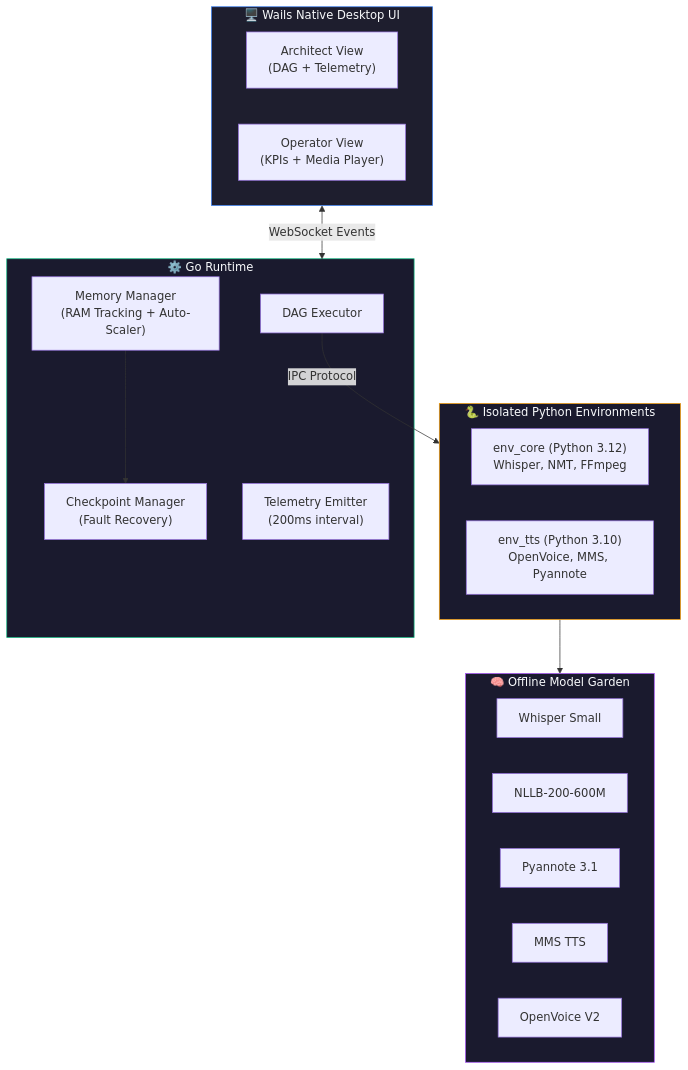
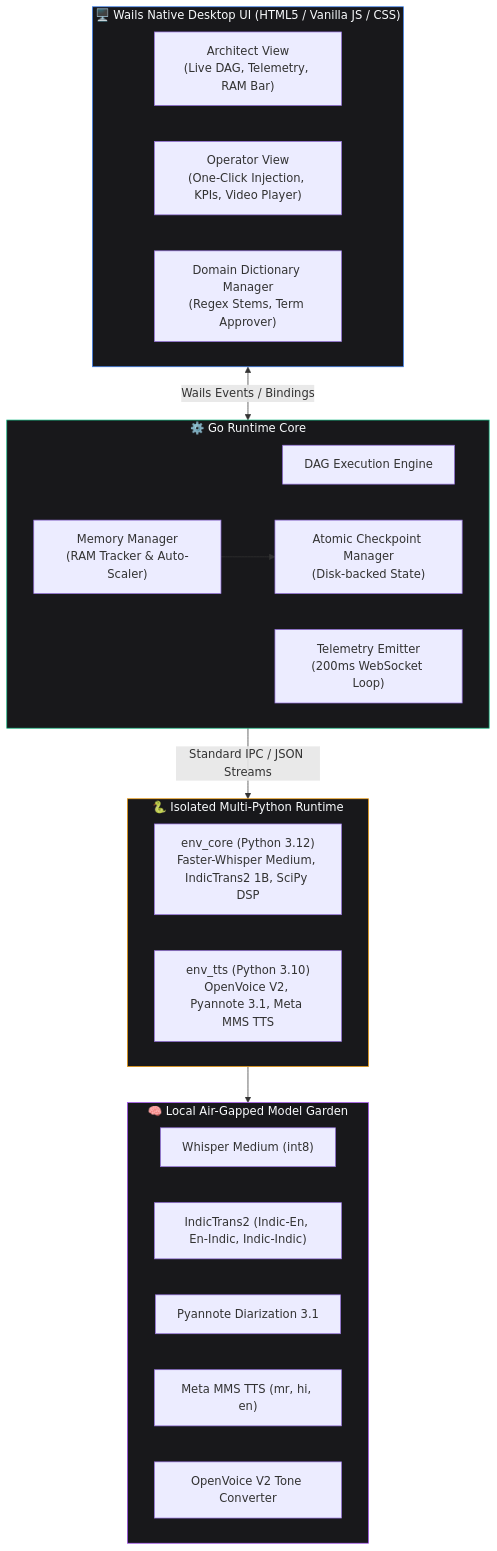
One commit to hydracsnova13/Echoflow changed the second of 3 diagrams in README.md. Above: the diagram before and after it, drawn with Mermaid. The commit also changed other lines of this file, not shown here.

````diff
--- a/README.md
+++ b/README.md
@@ -114,37 +127,38 @@
 ```mermaid
 graph TB
-    subgraph UI["🖥️ Wails Native Desktop UI"]
-        TECH["Architect View<br/>(DAG + Telemetry)"]
-        OP["Operator View<br/>(KPIs + Media Player)"]
+    subgraph UI["🖥️ Wails Native Desktop UI (HTML5 / Vanilla JS / CSS)"]
+        ARCH["Architect View<br/>(Live DAG, Telemetry, RAM Bar)"]
+        OP["Operator View<br/>(One-Click Injection, KPIs, Video Player)"]
+        DICT["Domain Dictionary Manager<br/>(Regex Stems, Term Approver)"]
     end
 
-    subgraph ENGINE["⚙️ Go Runtime"]
-        DAG["DAG Executor"]
-        MM["Memory Manager<br/>(RAM Tracking + Auto-Scaler)"]
-        CP["Checkpoint Manager<br/>(Fault Recovery)"]
-        TEL["Telemetry Emitter<br/>(200ms interval)"]
+    subgraph ENGINE["⚙️ Go Runtime Core"]
+        DAG["DAG Execution Engine"]
+        MM["Memory Manager<br/>(RAM Tracker & Auto-Scaler)"]
+        CP["Atomic Checkpoint Manager<br/>(Disk-backed State)"]
+        TEL["Telemetry Emitter<br/>(200ms WebSocket Loop)"]
     end
 
-    subgraph ENVS["🐍 Isolated Python Environments"]
-        E1["env_core (Python 3.12)<br/>Whisper, NMT, FFmpeg"]
-        E2["env_tts (Python 3.10)<br/>OpenVoice, MMS, Pyannote"]
+    subgraph ENVS["🐍 Isolated Multi-Python Runtime"]
+        E1["env_core (Python 3.12)<br/>Faster-Whisper Medium, IndicTrans2 1B, SciPy DSP"]
+        E2["env_tts (Python 3.10)<br/>OpenVoice V2, Pyannote 3.1, Meta MMS TTS"]
     end
 
-    subgraph MODELS["🧠 Offline Model Garden"]
-        W["Whisper Small"]
-        N["NLLB-200-600M"]
-        P["Pyannote 3.1"]
-        M["MMS TTS"]
-        O["OpenVoice V2"]
+    subgraph MODELS["🧠 Local Air-Gapped Model Garden"]
+        WM["Whisper Medium (int8)"]
+        IT["IndicTrans2 (Indic-En, En-Indic, Indic-Indic)"]
+        PY["Pyannote Diarization 3.1"]
+        MMS["Meta MMS TTS (mr, hi, en)"]
+        OV["OpenVoice V2 Tone Converter"]
     end
 
-    UI <-->|WebSocket Events| ENGINE
-    DAG -->|IPC Protocol| ENVS
+    UI <-->|Wails Events / Bindings| ENGINE
+    ENGINE -->|Standard IPC / JSON Streams| ENVS
     ENVS --> MODELS
     MM --> CP
 
-    style UI fill:#1e1e2e,stroke:#3b82f6,color:#f8fafc
-    style ENGINE fill:#1a1a2e,stroke:#10b981,color:#f8fafc
-    style ENVS fill:#1a1a2e,stroke:#f59e0b,color:#f8fafc
-    style MODELS fill:#1a1a2e,stroke:#a855f7,color:#f8fafc
+    style UI fill:#18181b,stroke:#3b82f6,color:#f8fafc
+    style ENGINE fill:#18181b,stroke:#10b981,color:#f8fafc
+    style ENVS fill:#18181b,stroke:#f59e0b,color:#f8fafc
+    style MODELS fill:#18181b,stroke:#a855f7,color:#f8fafc
 ```
````
